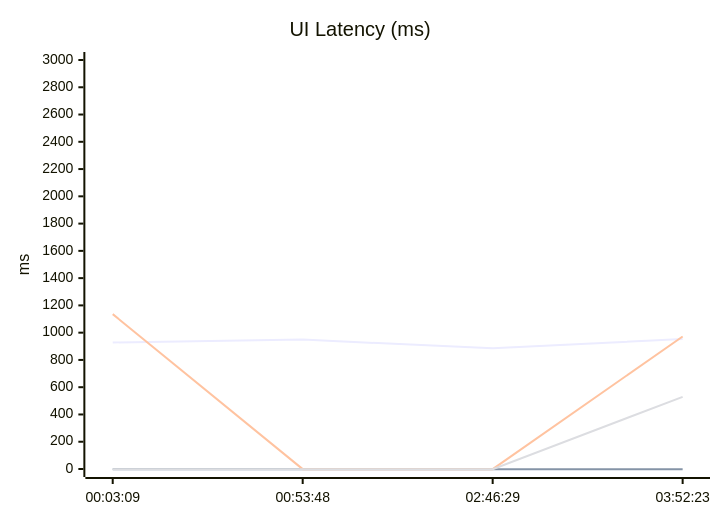
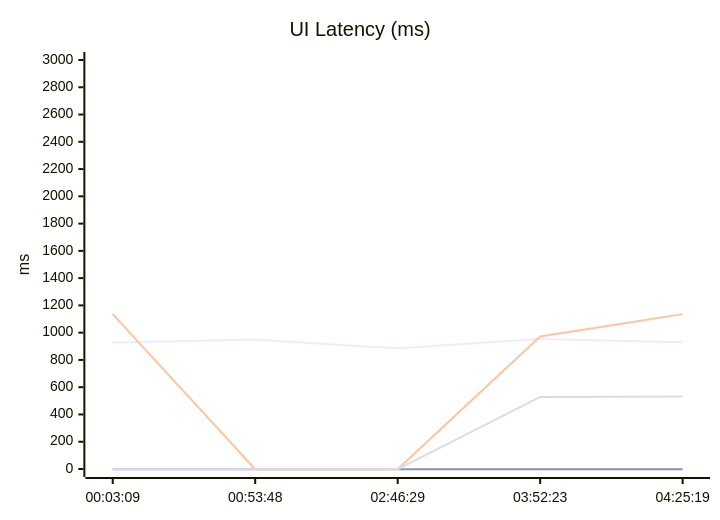
Before and after one commit to greenwave1987/clash_test: the diagram in README.md, drawn with Mermaid. The commit also changed other lines of this file and 1 other file, not shown here.

Commit message:
chore: update UI latency history

````diff
--- a/README.md
+++ b/README.md
@@ -16,10 +16,10 @@
 ```mermaid
 xychart-beta
   title "UI Latency (ms)"
-  x-axis ["00:03:09", "00:53:48", "02:46:29", "03:52:23"]
+  x-axis ["00:03:09", "00:53:48", "02:46:29", "03:52:23", "04:25:19"]
   y-axis "ms" 0 --> 3000
-  line "http://jz.***.uy" [928, 949, 885, 953]
-  line "http://jz.***.io" [-1, -1, -1, -1]
-  line "http://greenwave1987.***.in" [1136, -1, -1, 972]
-  line "http://jz.***.xyz" [-1, -1, -1, 529]
+  line "http://jz.***.uy" [928, 949, 885, 953, 930]
+  line "http://jz.***.io" [-1, -1, -1, -1, -1]
+  line "http://greenwave1987.***.in" [1136, -1, -1, 972, 1136]
+  line "http://jz.***.xyz" [-1, -1, -1, 529, 531]
 ```
````
